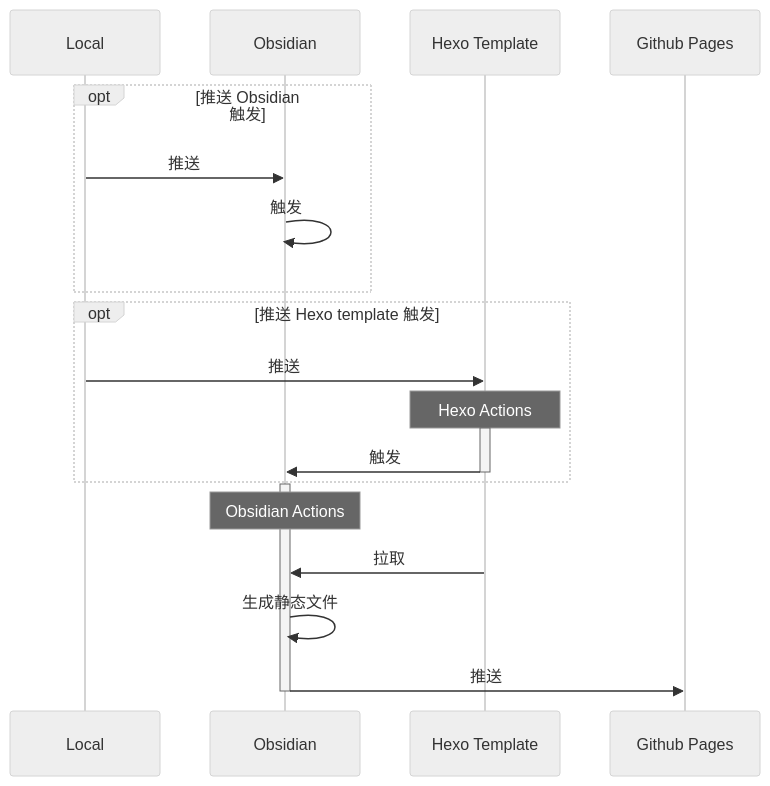
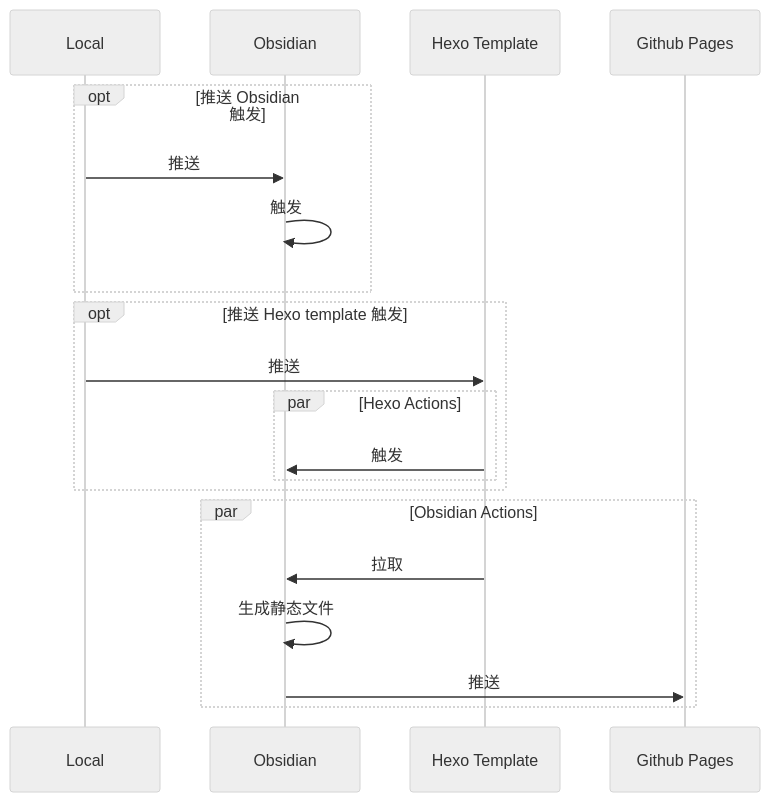
One commit to 7zMonkey/Obsidian changed the diagram in 博客/Obsidian + Hexo + Github Pages + Github Actions 自动化部署博客.md. Above: the diagram before and after it, drawn with Mermaid (neutral theme). The commit also changed other lines of this file and 3 other files, not shown here.

````diff
--- a/博客/Obsidian + Hexo + Github Pages + Github Actions 自动化部署博客.md
+++ b/博客/Obsidian + Hexo + Github Pages + Github Actions 自动化部署博客.md
@@ -23,24 +23,22 @@
 ```mermaid
 sequenceDiagram
 participant Local as Local
 participant Obsidian as Obsidian
 participant Hexo as Hexo Template
 participant Github as Github Pages
 opt 推送 Obsidian 触发
 	Local->>Obsidian:推送
 	Obsidian->>Obsidian: 触发
 end
 opt 推送 Hexo template 触发
 	Local->>Hexo: 推送
-	Note over Hexo: Hexo Actions
-	activate Hexo
+	par Hexo Actions
 	Hexo->>Obsidian: 触发
-	deactivate Hexo
+	end
 end
-activate Obsidian
-Note over Obsidian: Obsidian Actions
+par Obsidian Actions
 Hexo->>Obsidian: 拉取
 Obsidian->>Obsidian:生成静态文件
 Obsidian->>Github:推送
-deactivate Obsidian
+end
 ```
````
